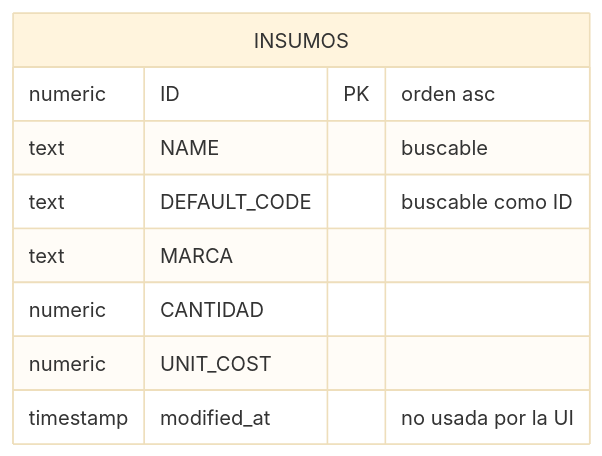
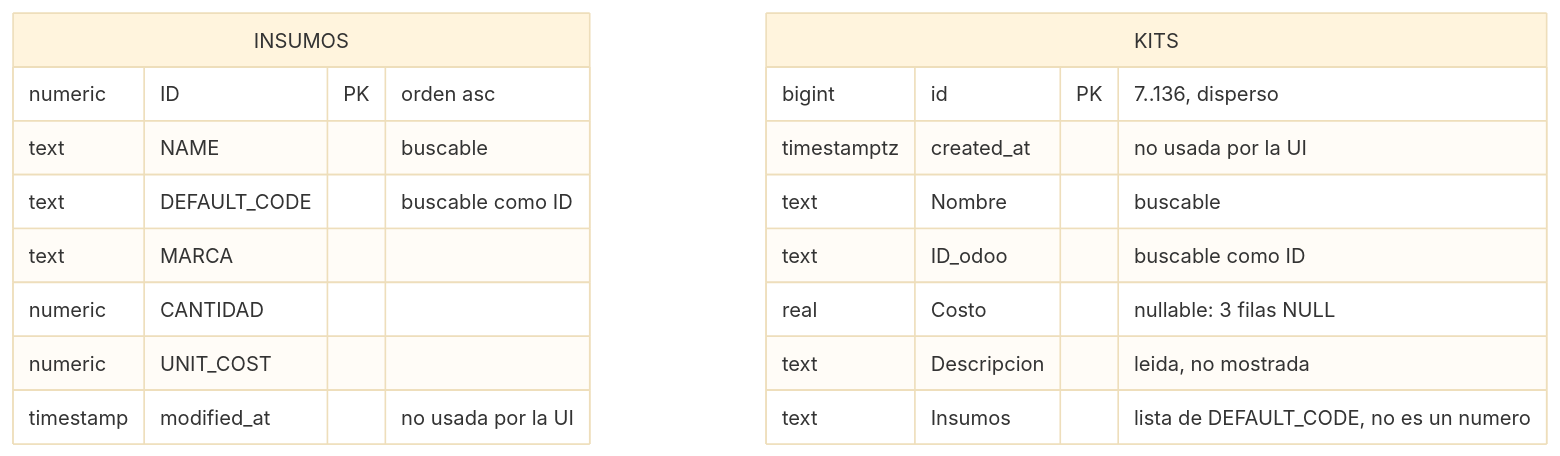
One commit to Francisco-Cordova/dentalia-app changed the second of 3 diagrams in docs/04-database/er-diagram.md. Above: the diagram before and after it, drawn with Mermaid (base theme). The commit also changed other lines of this file and 22 other files, not shown here.

First line of the commit message:
Se lleno la seccion de kits de insumos con datos reales de dev."Kits" en Supabase

````diff
--- a/docs/04-database/er-diagram.md
+++ b/docs/04-database/er-diagram.md
@@ -51,12 +51,22 @@
 ```mermaid
 erDiagram
     INSUMOS {
         numeric ID PK "orden asc"
         text NAME "buscable"
         text DEFAULT_CODE "buscable como ID"
         text MARCA
         numeric CANTIDAD
         numeric UNIT_COST
         timestamp modified_at "no usada por la UI"
     }
+
+    KITS {
+        bigint id PK "7..136, disperso"
+        timestamptz created_at "no usada por la UI"
+        text Nombre "buscable"
+        text ID_odoo "buscable como ID"
+        real Costo "nullable: 3 filas NULL"
+        text Descripcion "leida, no mostrada"
+        text Insumos "lista de DEFAULT_CODE, no es un numero"
+    }
 ```
````
